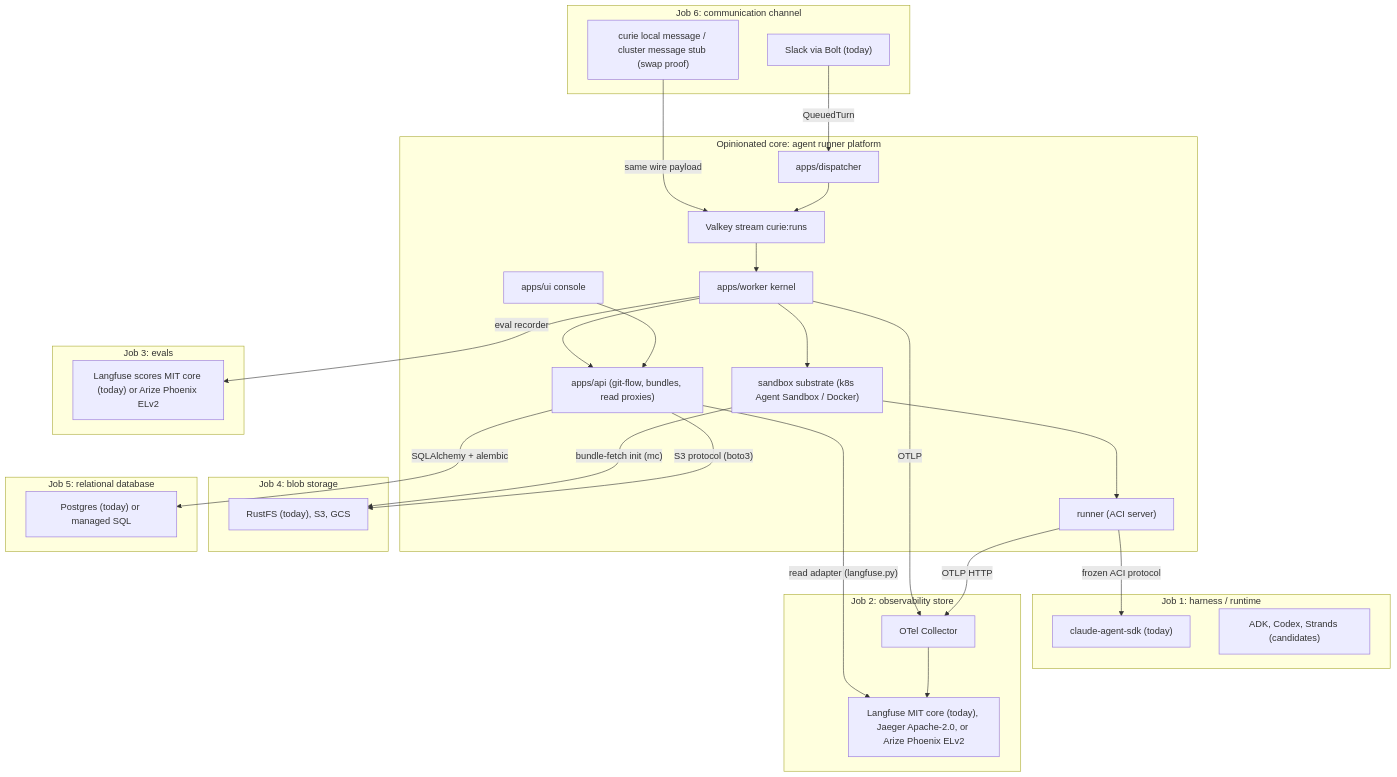
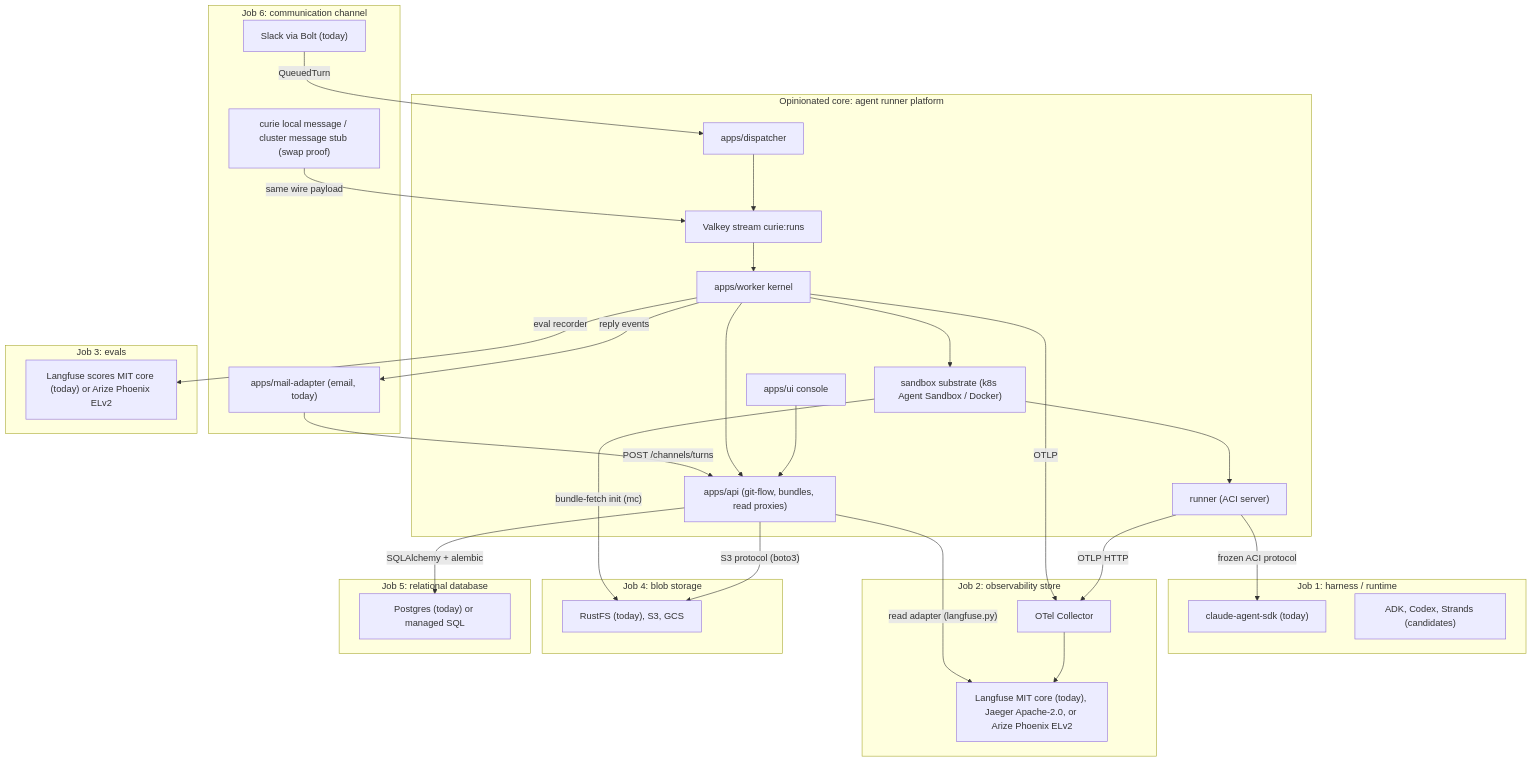
The diagram in docs/architecture-vision.md (curie-eng/agentos), drawn with Mermaid before and after one commit. The commit also changed other lines of this file and 7 other files, not shown here.

````diff
--- a/docs/architecture-vision.md
+++ b/docs/architecture-vision.md
@@ -252,54 +259,57 @@
 ```mermaid
 flowchart TB
     subgraph channel["Job 6: communication channel"]
         Slack["Slack via Bolt (today)"]
+        Mail["apps/mail-adapter (email, today)"]
         CLIStub["curie local message / cluster message stub (swap proof)"]
     end
 
     subgraph core["Opinionated core: agent runner platform"]
         Dispatcher["apps/dispatcher"]
         Queue["Valkey stream curie:runs"]
         Worker["apps/worker kernel"]
         Substrate["sandbox substrate (k8s Agent Sandbox / Docker)"]
         Runner["runner (ACI server)"]
         API["apps/api (git-flow, bundles, read proxies)"]
         UI["apps/ui console"]
         Dispatcher --> Queue --> Worker --> Substrate --> Runner
         UI --> API
         Worker --> API
     end
 
     subgraph harness["Job 1: harness / runtime"]
         SDK["claude-agent-sdk (today)"]
         HarnessAlt["ADK, Codex, Strands (candidates)"]
     end
 
     subgraph obs["Job 2: observability store"]
         Collector["OTel Collector"]
         Langfuse["Langfuse MIT core (today), Jaeger Apache-2.0, or Arize Phoenix ELv2"]
         Collector --> Langfuse
     end
 
     subgraph evals["Job 3: evals"]
         EvalStore["Langfuse scores MIT core (today) or Arize Phoenix ELv2"]
     end
 
     subgraph blob["Job 4: blob storage"]
         S3["RustFS (today), S3, GCS"]
     end
 
     subgraph db["Job 5: relational database"]
         PG["Postgres (today) or managed SQL"]
     end
 
     Slack -- "QueuedTurn" --> Dispatcher
+    Mail -- "POST /channels/turns" --> API
+    Worker -- "reply events" --> Mail
     CLIStub -- "same wire payload" --> Queue
     Runner -- "frozen ACI protocol" --> SDK
     Runner -- "OTLP HTTP" --> Collector
     Worker -- "OTLP" --> Collector
     API -- "read adapter (langfuse.py)" --> Langfuse
     Worker -- "eval recorder" --> EvalStore
     API -- "S3 protocol (boto3)" --> S3
     Substrate -- "bundle-fetch init (mc)" --> S3
     API -- "SQLAlchemy + alembic" --> PG
 ```
````
